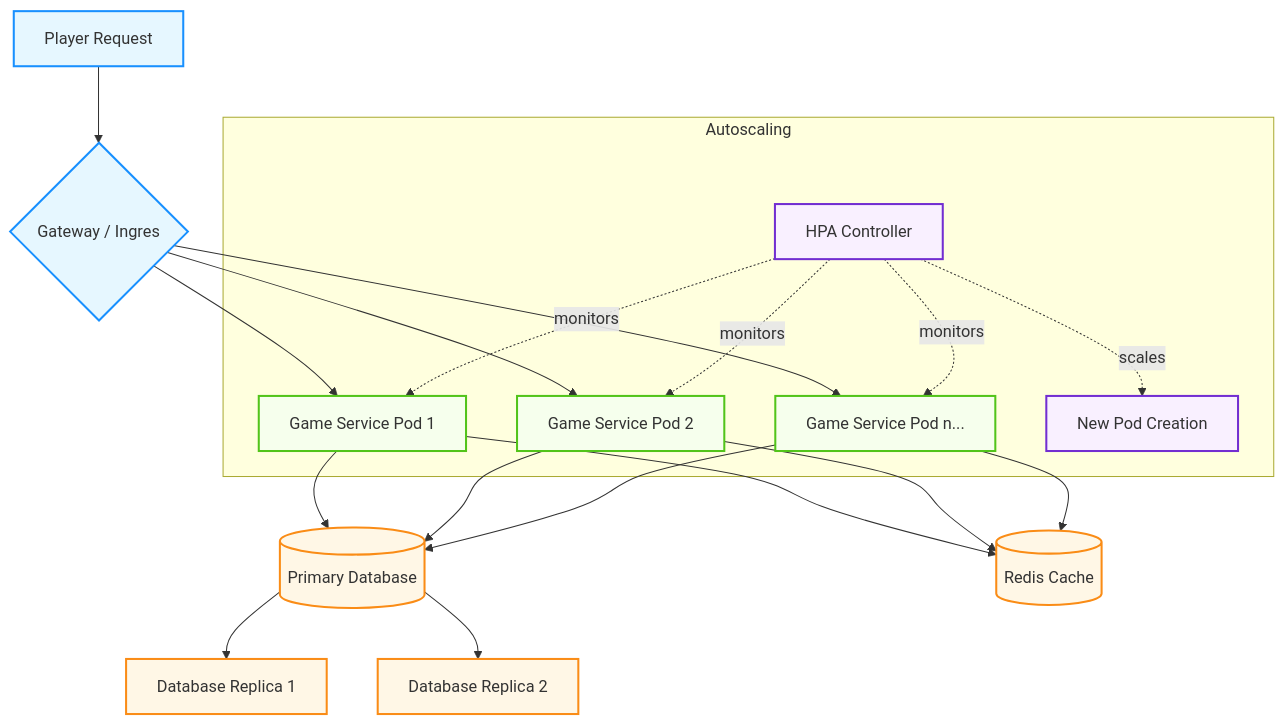
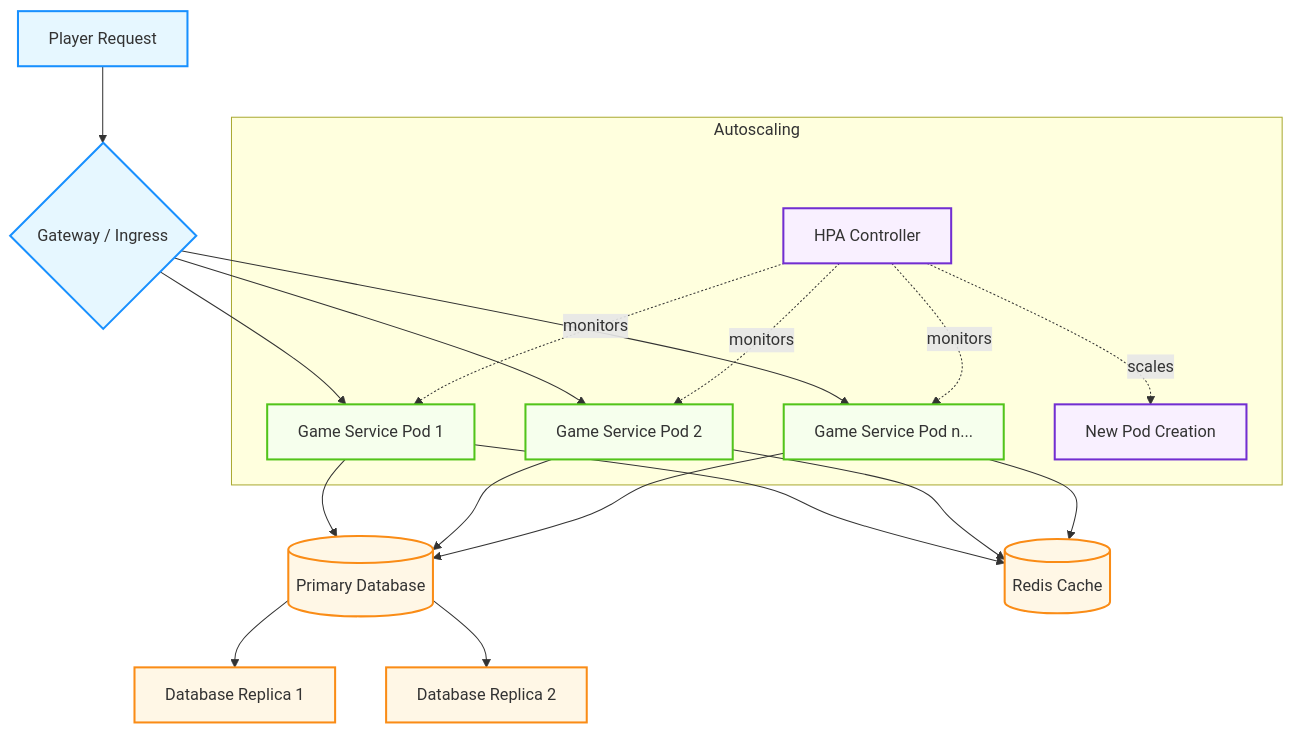
One commit to hrishin/devops changed the fourth of 4 diagrams in README.md. Above: the diagram before and after it, drawn with Mermaid.

Commit message:
Updates the plan

````diff
--- a/README.md
+++ b/README.md
@@ -135,36 +135,36 @@
 ```mermaid
 graph TD
-    A[Player Request] --> B{Gateway / Ingres}
+    A[Player Request] --> B{Gateway / Ingress}
     
     B --> C[Game Service Pod 1]
     B --> D[Game Service Pod 2]
     B --> E[Game Service Pod n...]
     
     C --> F[(Primary Database)]
     D --> F
     E --> F
     
     C --> G[(Redis Cache)]
     D --> G
     E --> G
     
     F --> H[Database Replica 1]
     F --> I[Database Replica 2]
     
     subgraph "Autoscaling"
         J[HPA Controller] -. monitors .-> C
         J -. monitors .-> D
         J -. monitors .-> E
         J -. scales .-> K[New Pod Creation]
     end
     
     classDef gateway fill:#e6f7ff,stroke:#1890ff,stroke-width:2px
     classDef service fill:#f6ffed,stroke:#52c41a,stroke-width:2px
     classDef data fill:#fff7e6,stroke:#fa8c16,stroke-width:2px
     classDef scaling fill:#f9f0ff,stroke:#722ed1,stroke-width:2px
     
     class A,B gateway
     class C,D,E service
     class F,G,H,I data
     class J,K scaling
 ```
````
